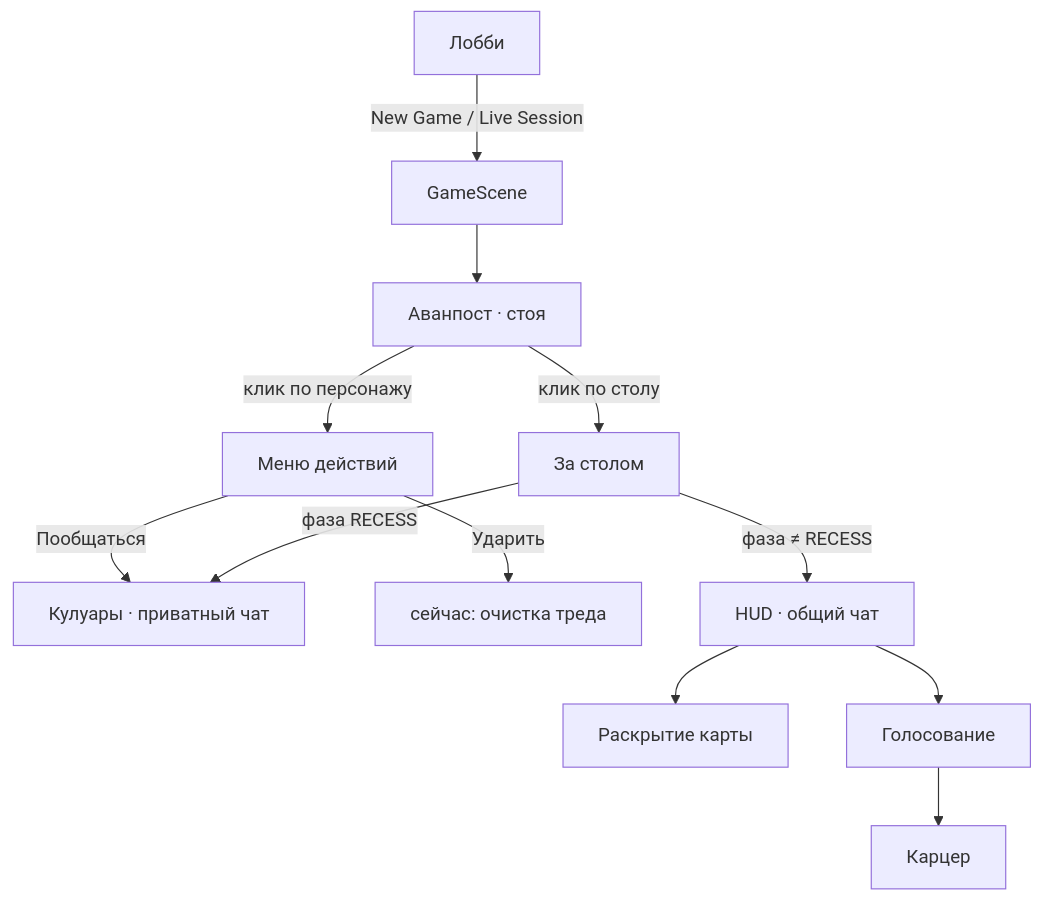
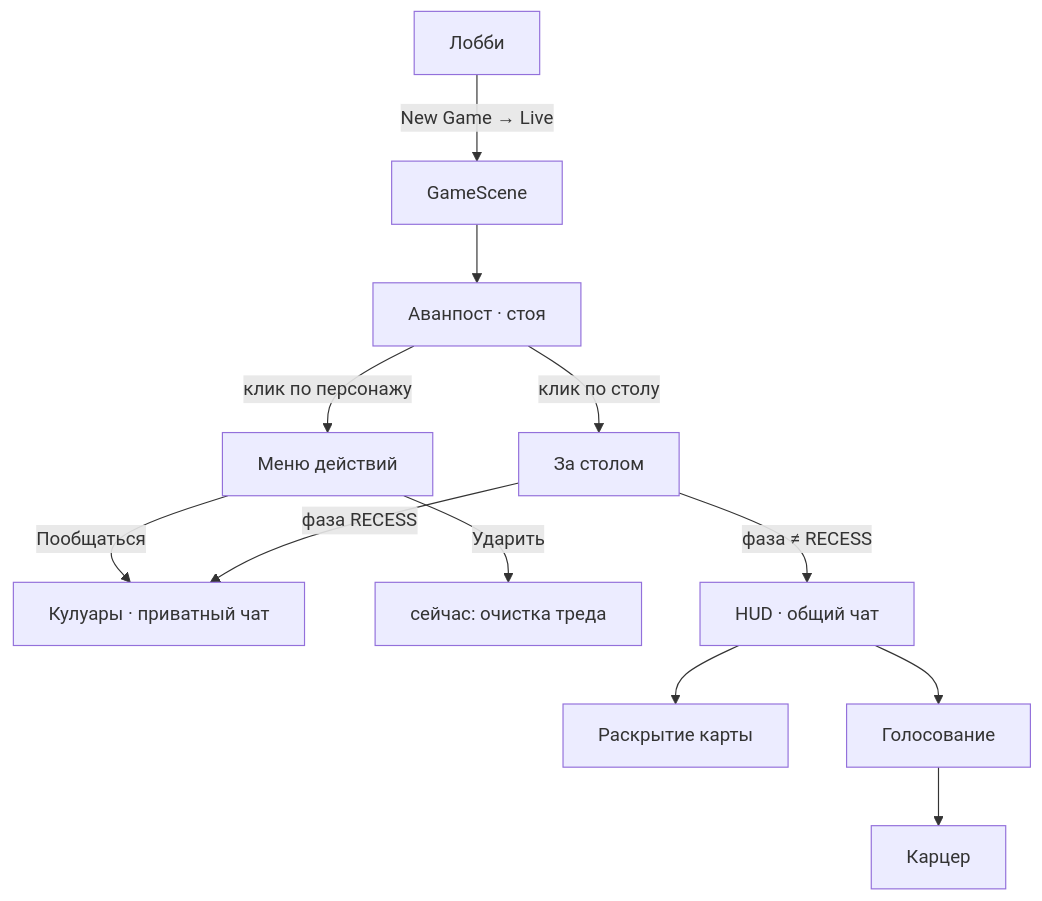
One commit to MaydanNay/turing_sandbox changed the diagram in docs/GAME_UI.md. Above: the diagram before and after it, drawn with Mermaid. The commit also changed other lines of this file and 49 other files, not shown here.

````diff
--- a/docs/GAME_UI.md
+++ b/docs/GAME_UI.md
@@ -20,14 +20,14 @@
 ```mermaid
 flowchart TD
-  Lobby[Лобби] -->|New Game / Live Session| Scene[GameScene]
+  Lobby[Лобби] -->|New Game → Live| Scene[GameScene]
   Scene --> Standing[Аванпост · стоя]
   Standing -->|клик по персонажу| Menu[Меню действий]
   Menu -->|Пообщаться| Private[Кулуары · приватный чат]
   Menu -->|Ударить| HitAction[сейчас: очистка треда]
   Standing -->|клик по столу| Seated[За столом]
   Seated -->|фаза RECESS| Private
   Seated -->|фаза ≠ RECESS| HUD[HUD · общий чат]
   HUD --> Reveal[Раскрытие карты]
   HUD --> Vote[Голосование]
   Vote --> Brig[Карцер]
 ```
````
